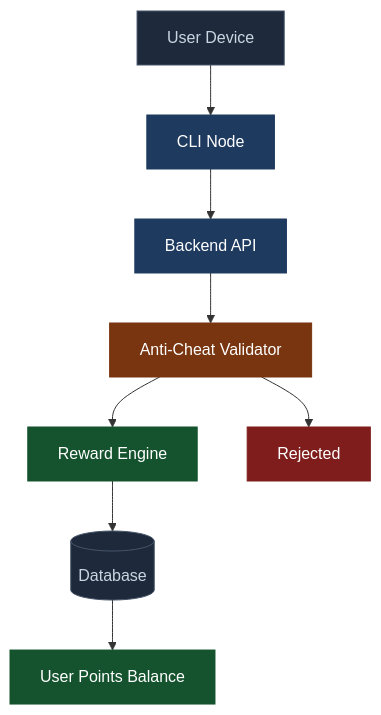
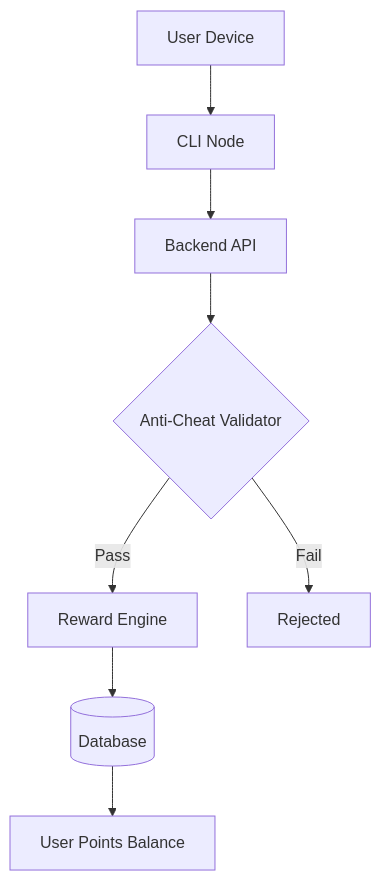
One commit to Nexora-Node/Docs changed the first of 2 diagrams in how-it-works.md. Above: the diagram before and after it, drawn with Mermaid. The commit also changed other lines of this file and 5 other files, not shown here.

Commit message:
docs: remove all custom styles, simplify diagrams for clean GitBook render

````diff
--- a/how-it-works.md
+++ b/how-it-works.md
@@ -7,19 +7,10 @@
 ```mermaid
 graph TD
     A[User Device] --> B[CLI Node]
     B --> C[Backend API]
-    C --> D[Anti-Cheat Validator]
-    D --> E[Reward Engine]
-    D --> F[Rejected]
+    C --> D{Anti-Cheat Validator}
+    D -->|Pass| E[Reward Engine]
+    D -->|Fail| F[Rejected]
     E --> G[(Database)]
     G --> H[User Points Balance]
-
-    style A fill:#1e293b,stroke:#475569,color:#cbd5e1
-    style B fill:#1e3a5f,stroke:#1e3a5f,color:#fff
-    style C fill:#1e3a5f,stroke:#1e3a5f,color:#fff
-    style D fill:#78350f,stroke:#78350f,color:#fff
-    style E fill:#14532d,stroke:#14532d,color:#fff
-    style F fill:#7f1d1d,stroke:#7f1d1d,color:#fff
-    style G fill:#1e293b,stroke:#475569,color:#cbd5e1
-    style H fill:#14532d,stroke:#14532d,color:#fff
 ```
````
